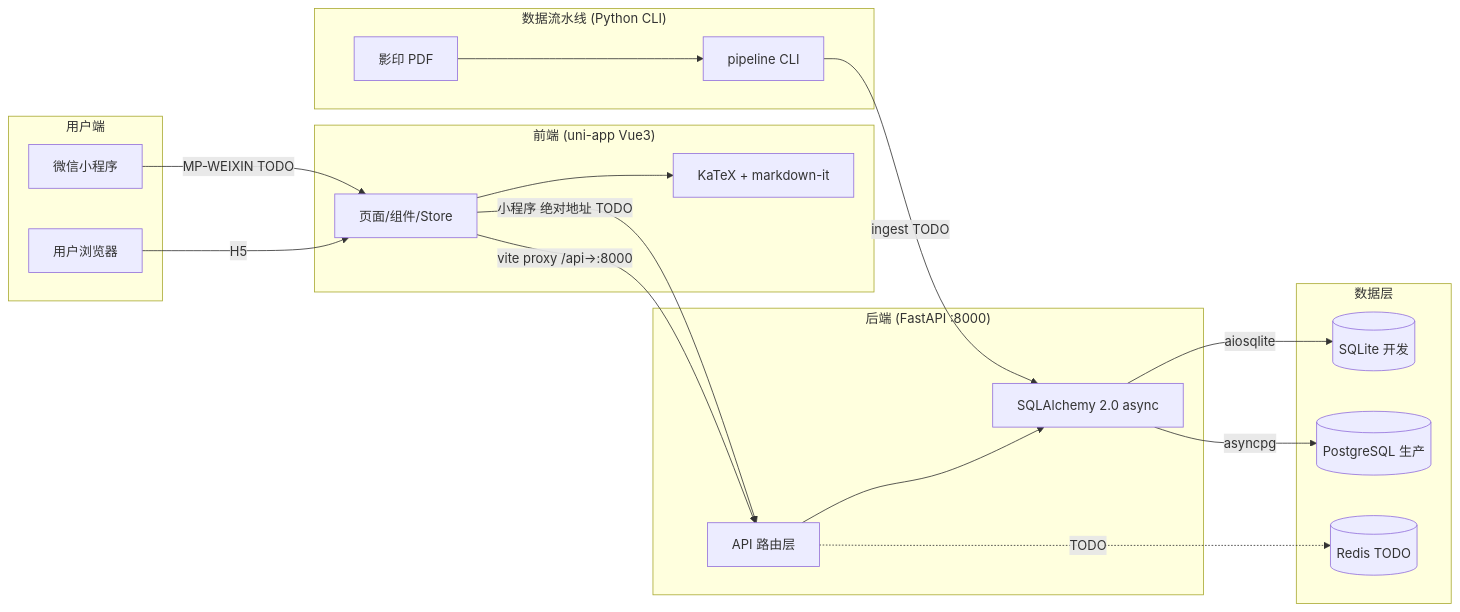
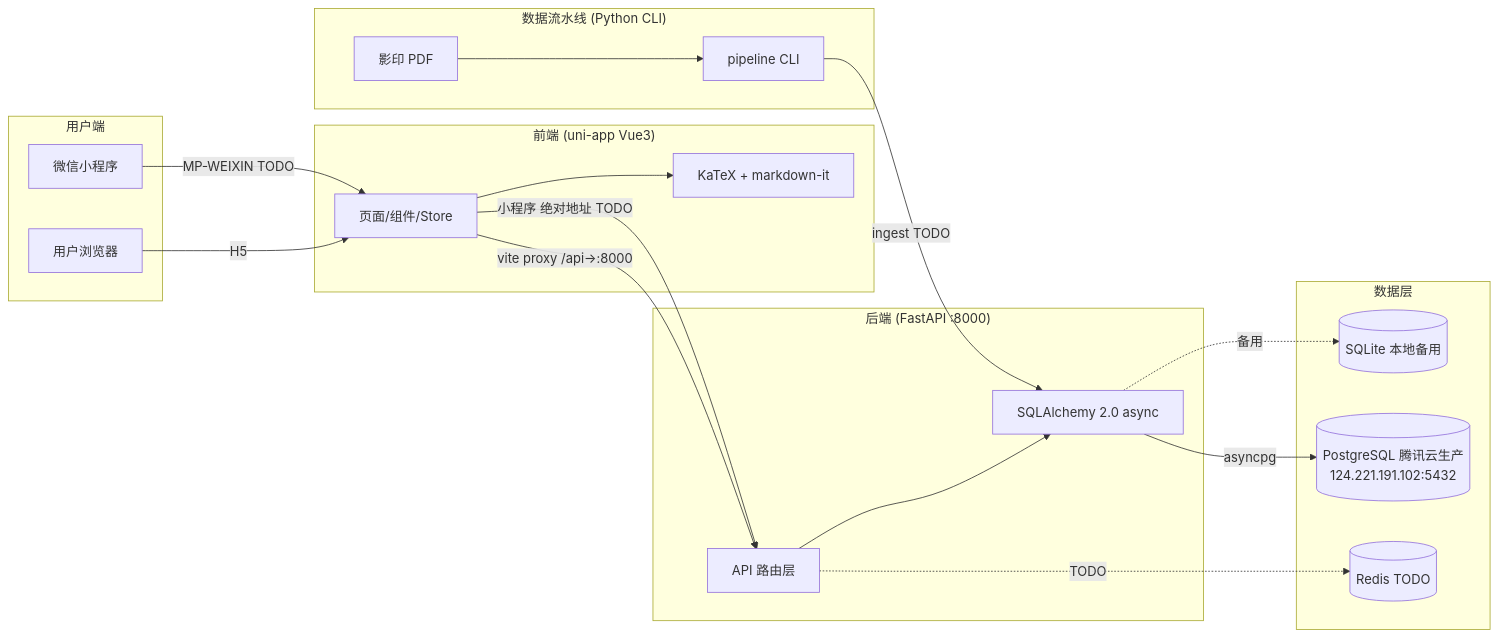
One commit to MangosteenBear/Quant-interview-mock changed the diagram in docs/architecture.md. Above: the diagram before and after it, drawn with Mermaid. The commit also changed other lines of this file and 14 other files, not shown here.

````diff
--- a/docs/architecture.md
+++ b/docs/architecture.md
@@ -10,40 +10,40 @@
 ```mermaid
 flowchart LR
     subgraph 用户端
         U[用户浏览器]
         MP[微信小程序]
     end
 
     subgraph 前端["前端 (uni-app Vue3)"]
         FE[页面/组件/Store]
         KATEX[KaTeX + markdown-it]
     end
 
     subgraph 后端["后端 (FastAPI :8000)"]
         API[API 路由层]
         ORM[SQLAlchemy 2.0 async]
     end
 
     subgraph 数据层
-        DB1[(SQLite 开发)]
-        DB2[(PostgreSQL 生产)]
+        DB1[(SQLite 本地备用)]
+        DB2[(PostgreSQL 腾讯云生产\n124.221.191.102:5432)]
         REDIS[(Redis TODO)]
     end
 
     subgraph 数据流水线["数据流水线 (Python CLI)"]
         PDF[影印 PDF]
         PL[pipeline CLI]
     end
 
     U -->|H5| FE
     MP -->|MP-WEIXIN TODO| FE
     FE --> KATEX
     FE -->|vite proxy /api→:8000| API
     FE -->|小程序 绝对地址 TODO| API
     API --> ORM
-    ORM -->|aiosqlite| DB1
+    ORM -.备用.-> DB1
     ORM -->|asyncpg| DB2
     API -.TODO.-> REDIS
     PDF --> PL
     PL -->|ingest TODO| ORM
 ```
````
